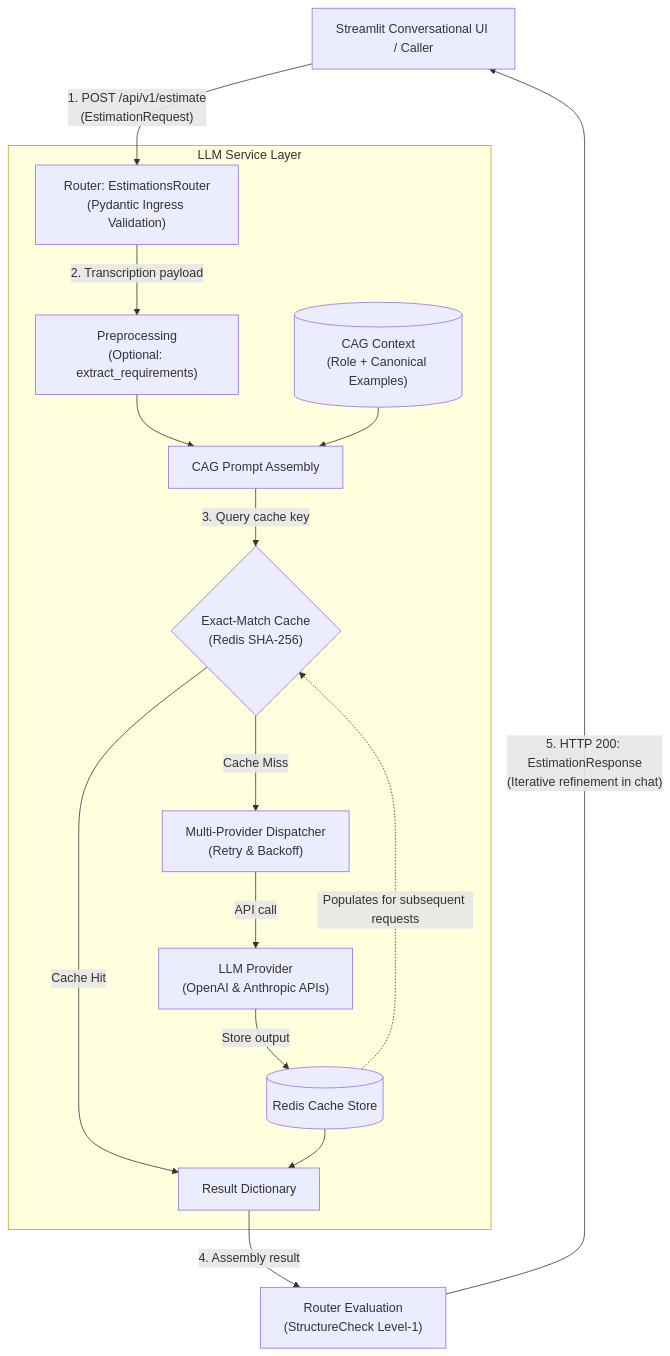
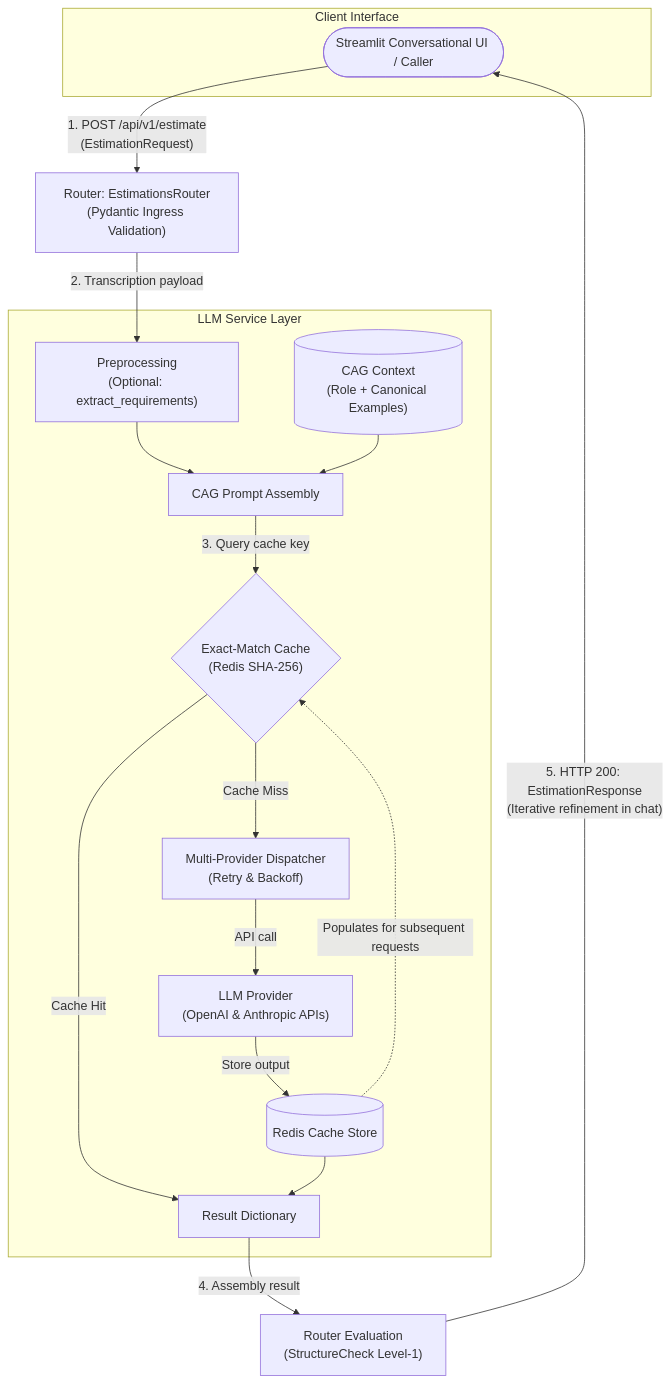
Before and after one commit to NestorDR/aie-estimator: the diagram in README.md, drawn with Mermaid.

Commit message:
Update README: refine service layer diagram and clarify LLM workflow

````diff
--- a/README.md
+++ b/README.md
@@ -28,24 +28,31 @@
 ```mermaid
 flowchart TD
-    Client["Streamlit Conversational UI / Caller"] -->|"1. POST /api/v1/estimate\n(EstimationRequest)"| Router["Router: EstimationsRouter\n(Pydantic Ingress Validation)"]
+    subgraph ClientLayer ["Client Interface"]
+        Client(["Streamlit Conversational UI / Caller"])
+    end
+
+    Router["Router: EstimationsRouter\n(Pydantic Ingress Validation)"]
+
+    Client -->|"1. POST /api/v1/estimate\n(EstimationRequest)"| Router
+    Router -->|"2. Transcription payload"| Preprocessing
 
     subgraph ServiceLayer ["LLM Service Layer"]
-        Router -->|"2. Transcription payload"| Preprocessing["Preprocessing\n(Optional: extract_requirements)"]
+        Preprocessing["Preprocessing\n(Optional: extract_requirements)"]
         Preprocessing --> PromptBuilder["CAG Prompt Assembly"]
 
         Context[("CAG Context\n(Role + Canonical Examples)")] --> PromptBuilder
 
         PromptBuilder -->|"3. Query cache key"| CacheCheck{"Exact-Match Cache\n(Redis SHA-256)"}
 
         CacheCheck -->|"Cache Hit"| ServiceOutput["Result Dictionary"]
         CacheCheck -->|"Cache Miss"| Dispatcher["Multi-Provider Dispatcher\n(Retry & Backoff)"]
 
         Dispatcher -->|"API call"| LLMProvider["LLM Provider\n(OpenAI & Anthropic APIs)"]
         LLMProvider -->|"Store output"| CacheStore[("Redis Cache Store")]
         CacheStore -.->|"Populates for subsequent requests"| CacheCheck
         CacheStore --> ServiceOutput
     end
 
     ServiceOutput -->|"4. Assembly result"| Evaluator["Router Evaluation\n(StructureCheck Level-1)"]
     Evaluator -->|"5. HTTP 200: EstimationResponse\n(Iterative refinement in chat)"| Client
 ```
````
